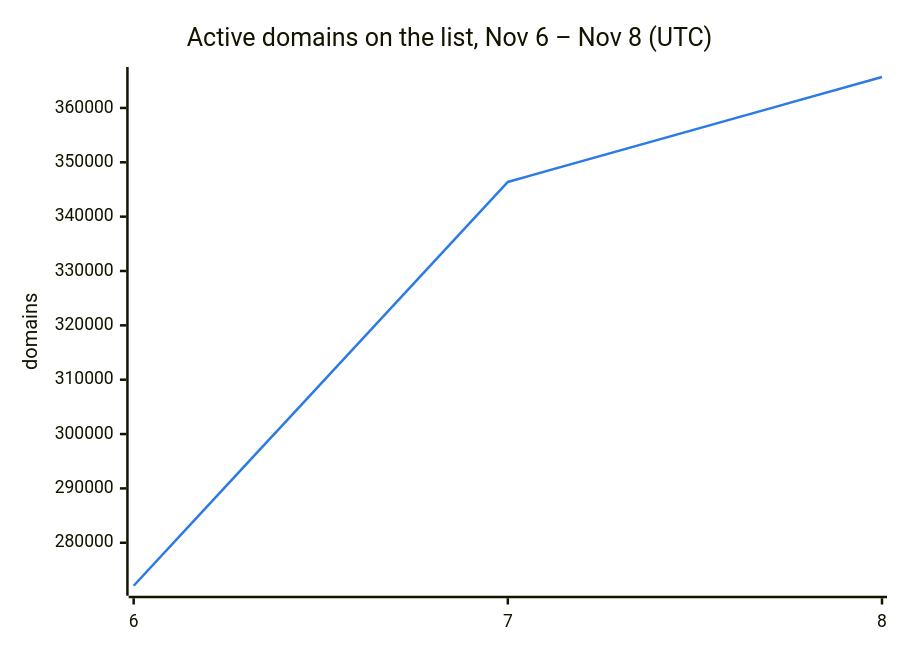
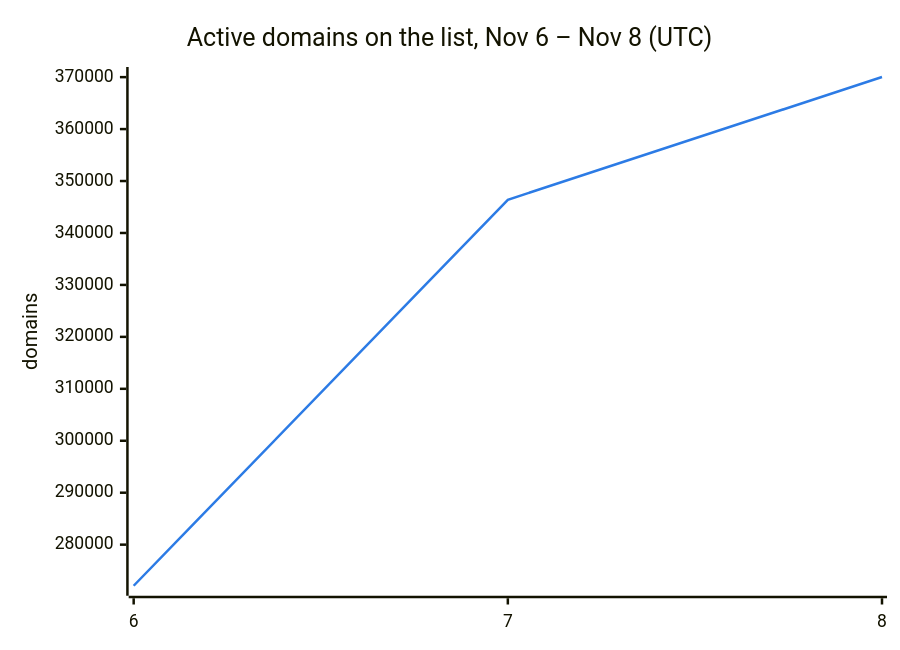
One commit to DNSBunker/CTI changed the second of 3 diagrams in README.md. Above: the diagram before and after it, drawn with Mermaid. The commit also changed other lines of this file and 3 other files, not shown here.

````diff
--- a/README.md
+++ b/README.md
@@ -38,8 +38,8 @@
 ```mermaid
 %%{init: {"themeVariables": {"xyChart": {"plotColorPalette": "#2c7be5"}}}}%%
 xychart-beta
     title "Active domains on the list, Nov 6 – Nov 8 (UTC)"
     x-axis ["6", "7", "8"]
     y-axis "domains"
-    line [272088, 346388, 365695]
+    line [272088, 346388, 370026]
 ```
````
